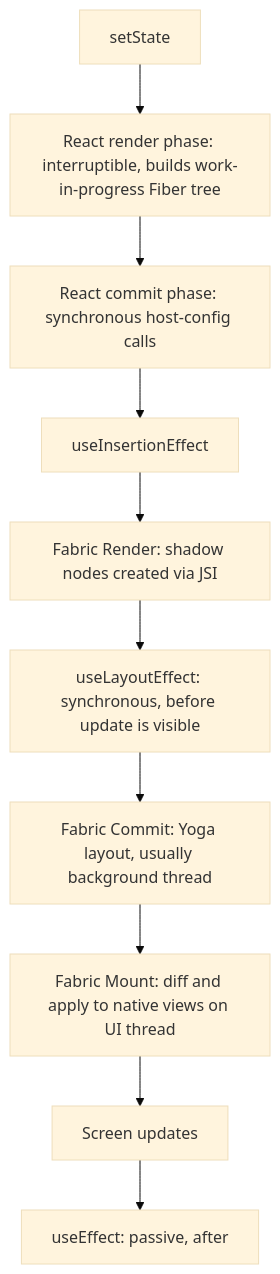
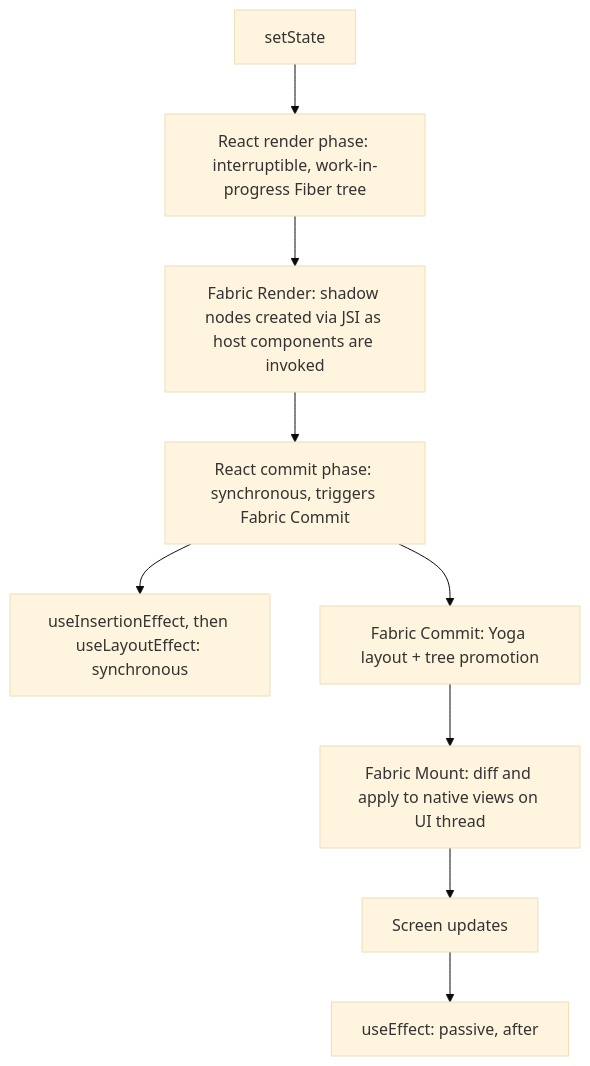
The first of 3 diagrams in react-native-v2/03-react-internals-and-rendering-in-react-native.md (Sri-Bhat/Frontend-Interview-Handbook), drawn with Mermaid (base theme) before and after one commit. The commit also changed other lines of this file, not shown here.

Commit message:
Fix verification note and improve clarity in React Native doc

````diff
--- a/react-native-v2/03-react-internals-and-rendering-in-react-native.md
+++ b/react-native-v2/03-react-internals-and-rendering-in-react-native.md
@@ -35,12 +35,11 @@
 ```mermaid
 flowchart TD
-  A["setState"] --> B["React render phase: interruptible, builds work-in-progress Fiber tree"]
-  B --> C["React commit phase: synchronous host-config calls"]
-  C --> D["useInsertionEffect"]
-  D --> E["Fabric Render: shadow nodes created via JSI"]
-  E --> F["useLayoutEffect: synchronous, before update is visible"]
-  F --> G["Fabric Commit: Yoga layout, usually background thread"]
+  A["setState"] --> B["React render phase: interruptible, work-in-progress Fiber tree"]
+  B --> B2["Fabric Render: shadow nodes created via JSI as host components are invoked"]
+  B2 --> C["React commit phase: synchronous, triggers Fabric Commit"]
+  C --> D["useInsertionEffect, then useLayoutEffect: synchronous"]
+  C --> G["Fabric Commit: Yoga layout + tree promotion"]
   G --> H["Fabric Mount: diff and apply to native views on UI thread"]
   H --> I["Screen updates"]
   I --> J["useEffect: passive, after"]
 ```
````
